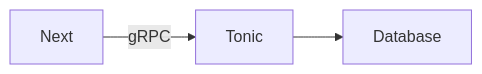
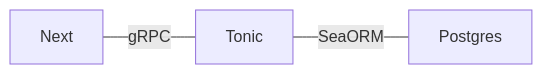
One commit to takaki/zenn-docs changed the diagram in books/grpc-tonic-next/1.intro.md. Above: the diagram before and after it, drawn with Mermaid. The commit also changed other lines of this file and 3 other files, not shown here.

````diff
--- a/books/grpc-tonic-next/1.intro.md
+++ b/books/grpc-tonic-next/1.intro.md
@@ -7,4 +17,4 @@
 ```mermaid
 graph LR
-    A[Next] -->|gRPC| B[Tonic] -->C[Database]
+    A[Next] --- |gRPC| B[Tonic] --- |SeaORM| C[Postgres]
 ```
````
